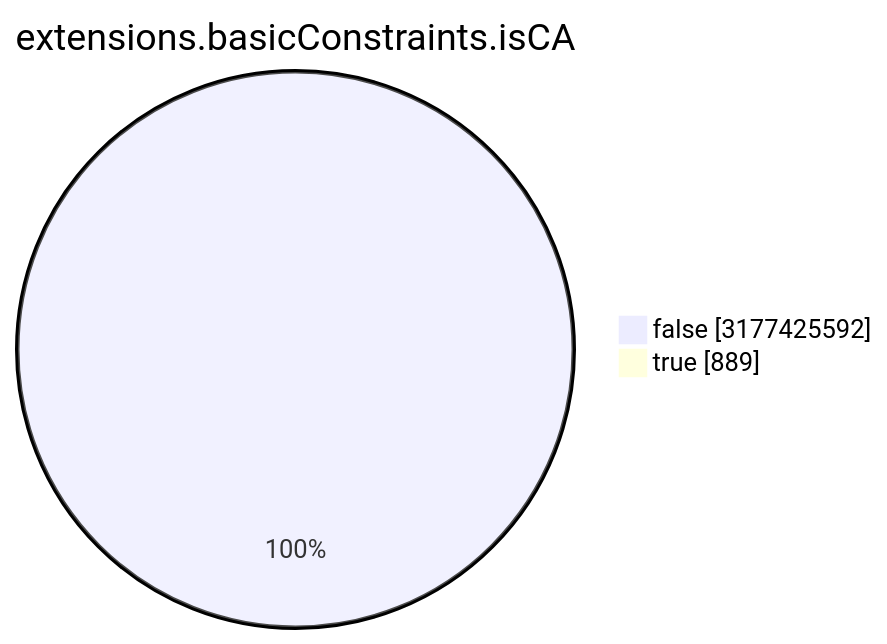
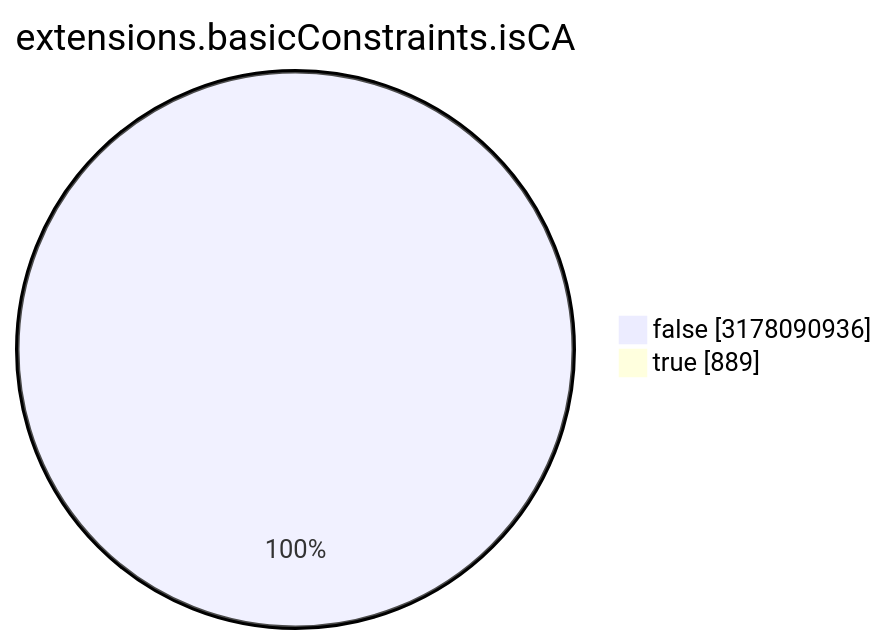
One commit to christiankrug/ctmonitor_visualization changed the seventh of 15 diagrams in TOTAL/README.md. Above: the diagram before and after it, drawn with Mermaid. The commit also changed other lines of this file, not shown here.

````diff
--- a/TOTAL/README.md
+++ b/TOTAL/README.md
@@ -3088,6 +3088,6 @@
 ```mermaid
 pie showData
 title extensions.basicConstraints.isCA
-"false" :3177425592
+"false" :3178090936
 "true" :889
 ```
````
